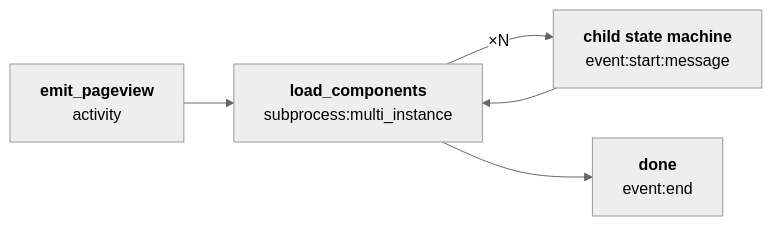
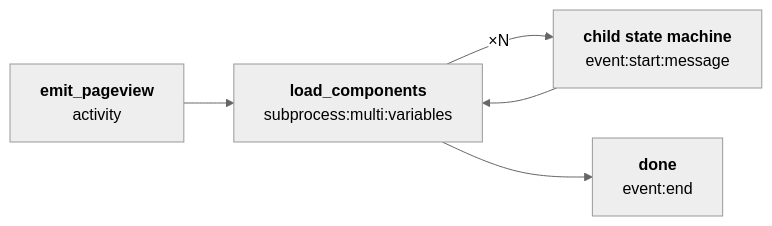
Before and after one commit to implydata/imply-eventgenerator: the third of 4 diagrams in docs/states.md, drawn with Mermaid (neutral theme). The commit also changed other lines of this file and 5 other files, not shown here.

````diff
--- a/docs/states.md
+++ b/docs/states.md
@@ -322,7 +322,7 @@
 ```mermaid
 flowchart LR
     A["<b>emit_pageview</b><br/>activity"] --> B
-    B["<b>load_components</b><br/>subprocess:multi_instance"] -->|"×N"| C["<b>child state machine</b><br/>event:start:message"]
+    B["<b>load_components</b><br/>subprocess:multi:variables"] -->|"×N"| C["<b>child state machine</b><br/>event:start:message"]
     C --> B
     B --> D["<b>done</b><br/>event:end"]
 ```
````
